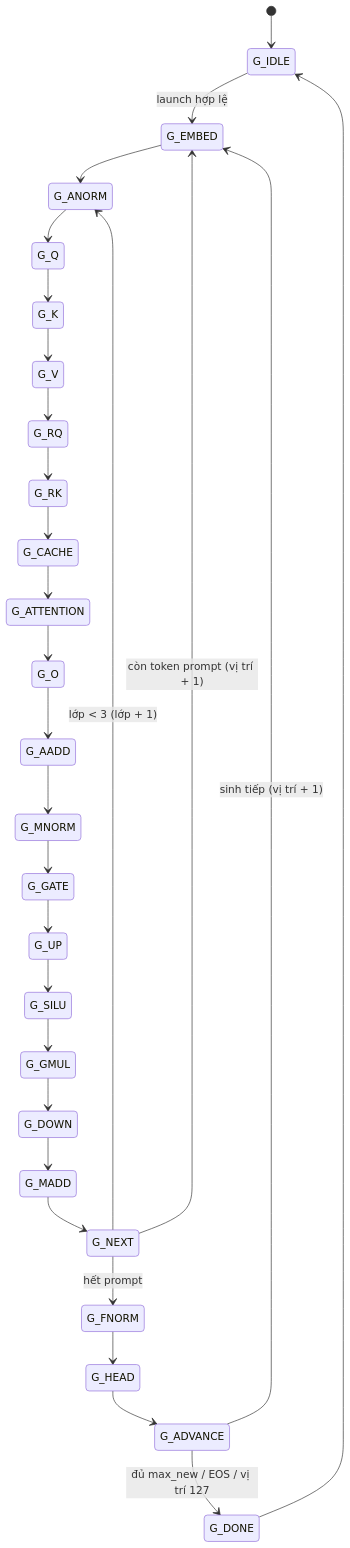
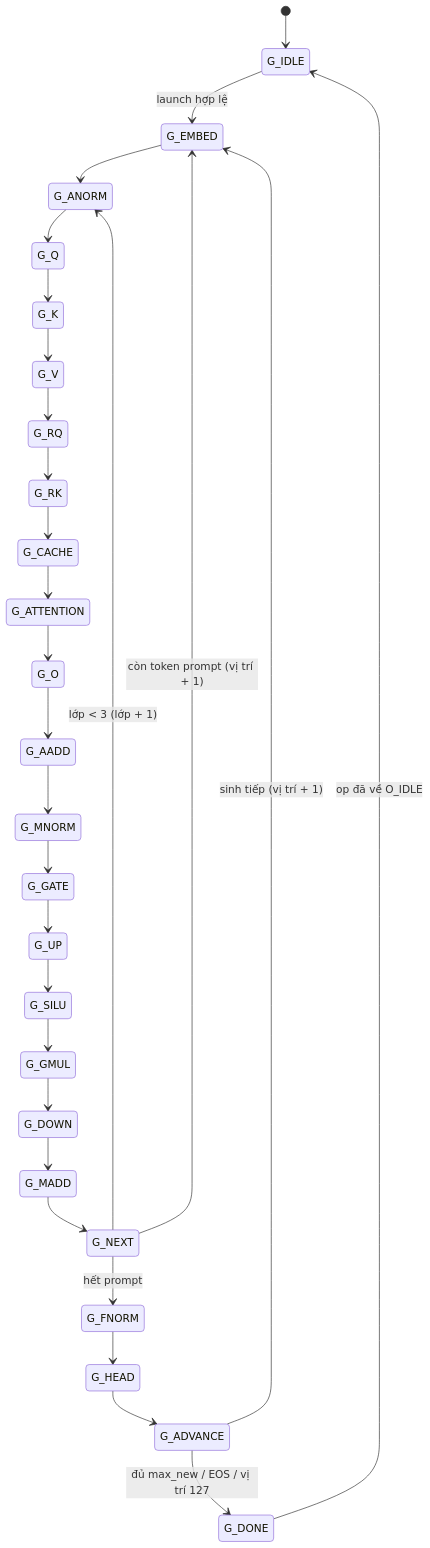
Before and after one commit to nguyennhutkhanhtom/NPU: the second of 3 diagrams in Verilog Source code/doc/modules/llm_soc.md, drawn with Mermaid. The commit also changed other lines of this file and 5 other files, not shown here.

````diff
--- a/Verilog Source code/doc/modules/llm_soc.md
+++ b/Verilog Source code/doc/modules/llm_soc.md
@@ -147,31 +147,31 @@
 ```mermaid
 stateDiagram-v2
     [*] --> G_IDLE
     G_IDLE --> G_EMBED : launch hợp lệ
     G_EMBED --> G_ANORM
     G_ANORM --> G_Q
     G_Q --> G_K
     G_K --> G_V
     G_V --> G_RQ
     G_RQ --> G_RK
     G_RK --> G_CACHE
     G_CACHE --> G_ATTENTION
     G_ATTENTION --> G_O
     G_O --> G_AADD
     G_AADD --> G_MNORM
     G_MNORM --> G_GATE
     G_GATE --> G_UP
     G_UP --> G_SILU
     G_SILU --> G_GMUL
     G_GMUL --> G_DOWN
     G_DOWN --> G_MADD
     G_MADD --> G_NEXT
     G_NEXT --> G_ANORM : lớp < 3 (lớp + 1)
     G_NEXT --> G_EMBED : còn token prompt (vị trí + 1)
     G_NEXT --> G_FNORM : hết prompt
     G_FNORM --> G_HEAD
     G_HEAD --> G_ADVANCE
     G_ADVANCE --> G_EMBED : sinh tiếp (vị trí + 1)
     G_ADVANCE --> G_DONE : đủ max_new / EOS / vị trí 127
-    G_DONE --> G_IDLE
+    G_DONE --> G_IDLE : op đã về O_IDLE
 ```
````
